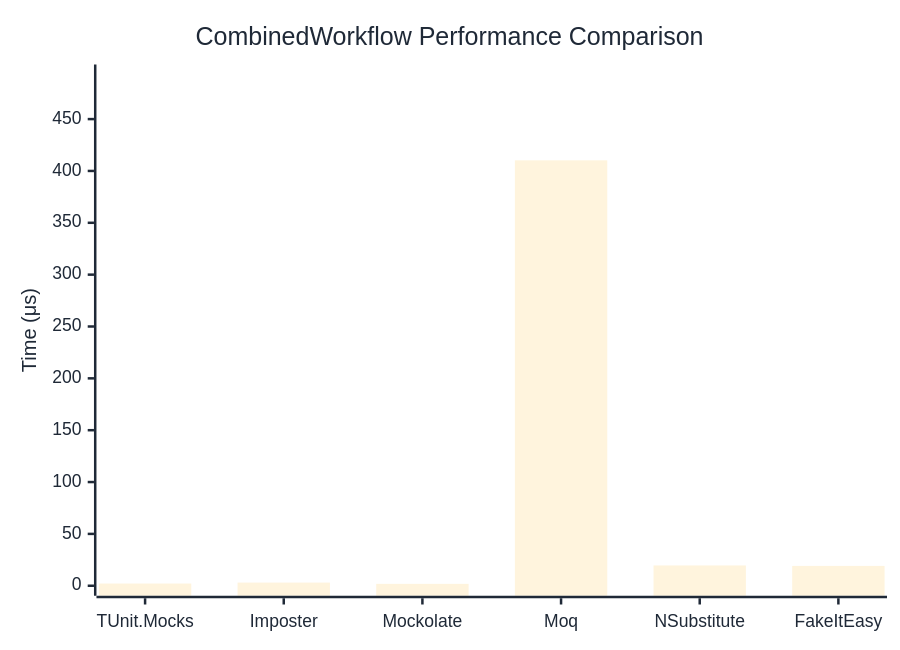
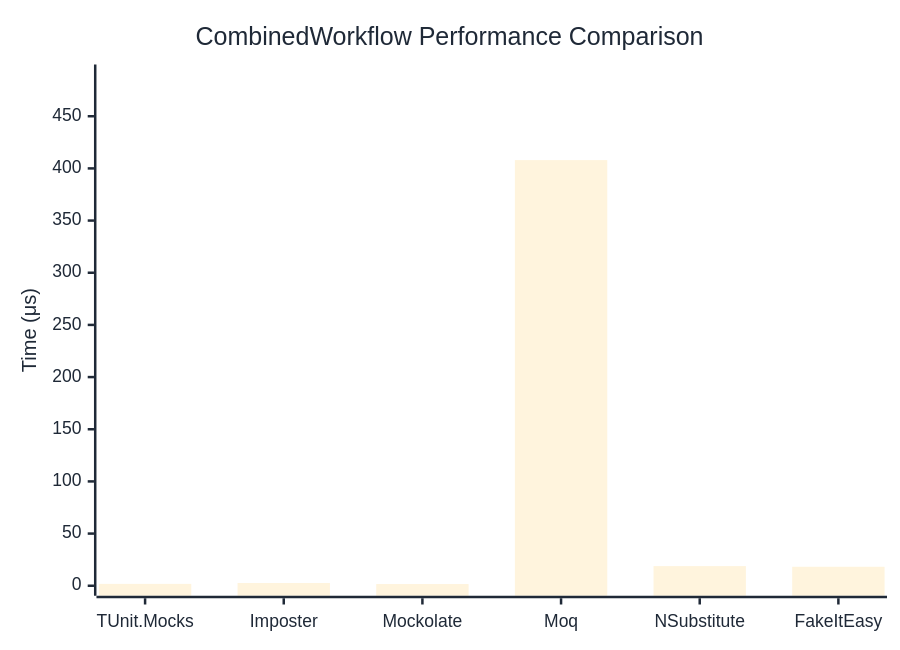
Before and after one commit to thomhurst/TUnit: the diagram in docs/docs/benchmarks/mocks/CombinedWorkflow.md, drawn with Mermaid. The commit also changed other lines of this file and 14 other files, not shown here.

````diff
--- a/docs/docs/benchmarks/mocks/CombinedWorkflow.md
+++ b/docs/docs/benchmarks/mocks/CombinedWorkflow.md
@@ -30,27 +30,27 @@
 ```mermaid
 %%{init: {
   'theme':'base',
   'themeVariables': {
     'primaryColor': '#2563eb',
     'primaryTextColor': '#1f2937',
     'primaryBorderColor': '#1e40af',
     'lineColor': '#6b7280',
     'secondaryColor': '#7c3aed',
     'tertiaryColor': '#dc2626',
     'background': '#ffffff',
     'pie1': '#2563eb',
     'pie2': '#7c3aed',
     'pie3': '#dc2626',
     'pie4': '#f59e0b',
     'pie5': '#10b981',
     'pie6': '#06b6d4',
     'pie7': '#ec4899',
     'pie8': '#6366f1'
   }
 }}%%
 xychart-beta
   title "CombinedWorkflow Performance Comparison"
   x-axis ["TUnit.Mocks", "Imposter", "Mockolate", "Moq", "NSubstitute", "FakeItEasy"]
-  y-axis "Time (μs)" 0 --> 493
-  bar [2.129, 3.051, 1.834, 410.226, 19.563, 19.125]
+  y-axis "Time (μs)" 0 --> 490
+  bar [1.802, 2.627, 1.625, 407.967, 18.82, 18.189]
 ```
````
